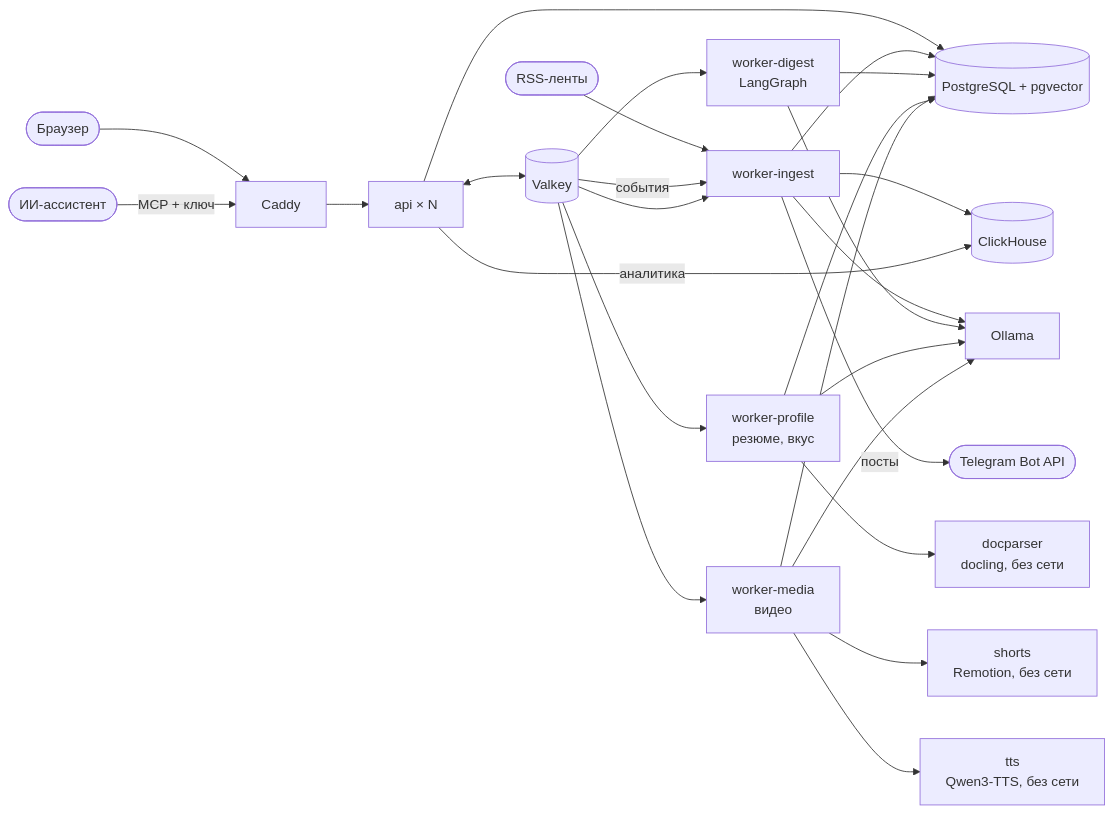
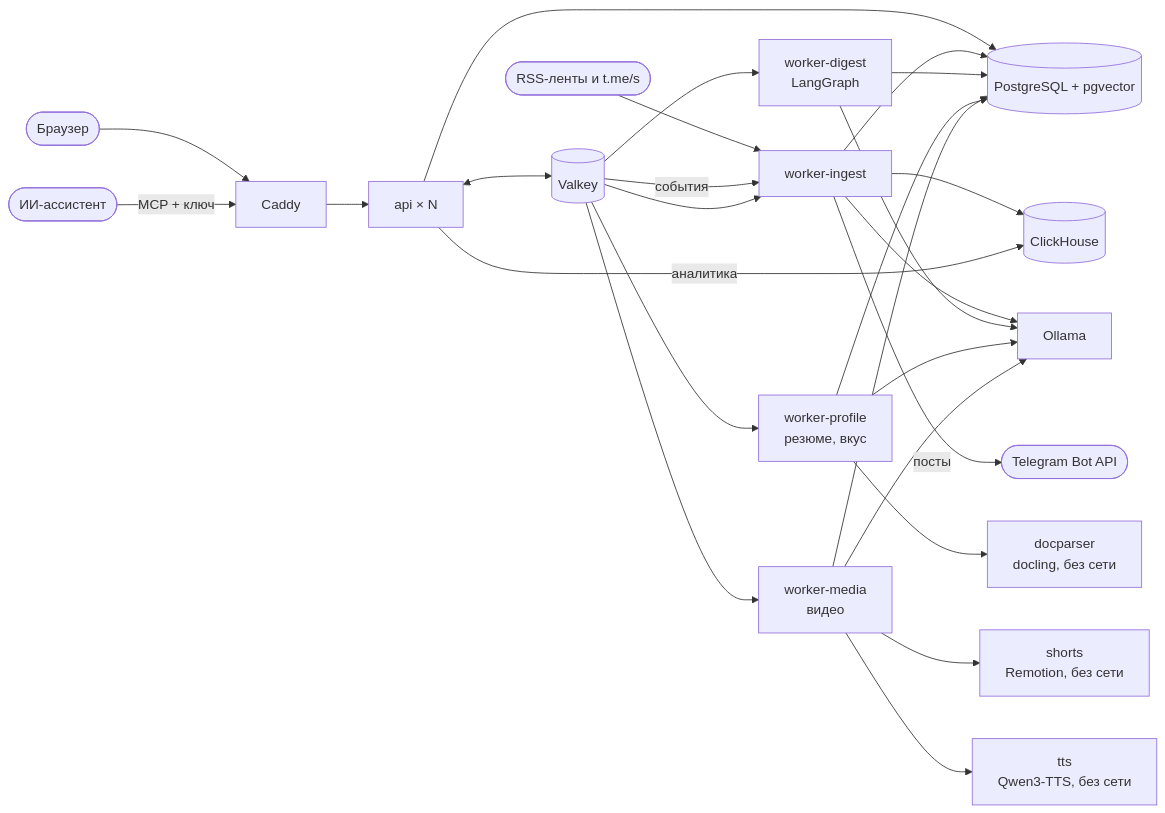
Before and after one commit to verikirill/scrap-and-grep: the diagram in README.md, drawn with Mermaid. The commit also changed other lines of this file and 3 other files, not shown here.

````diff
--- a/README.md
+++ b/README.md
@@ -191,28 +193,28 @@
 ```mermaid
 flowchart LR
-    feeds([RSS-ленты]) --> wi[worker-ingest]
+    feeds([RSS-ленты и t.me/s]) --> wi[worker-ingest]
     browser([Браузер]) --> web[Caddy]
     web --> api[api × N]
     api --> pg[(PostgreSQL + pgvector)]
     api <--> vk[(Valkey)]
     vk -- события --> wi
     wi --> ch[(ClickHouse)]
     api -- аналитика --> ch
     vk --> wi
     vk --> wd[worker-digest<br/>LangGraph]
     vk --> wp[worker-profile<br/>резюме, вкус]
     wp --> dp[docparser<br/>docling, без сети]
     vk --> wm[worker-media<br/>видео]
     wm --> sh[shorts<br/>Remotion, без сети]
     wm --> tts[tts<br/>Qwen3-TTS, без сети]
     wi --> pg
     wd --> pg
     wp --> pg
     wm --> pg
     wi --> ollama[Ollama]
     wd --> ollama
     wp --> ollama
     wm --> ollama
     wi -- посты --> tg([Telegram Bot API])
     ai([ИИ-ассистент]) -- MCP + ключ --> web
 ```
````
